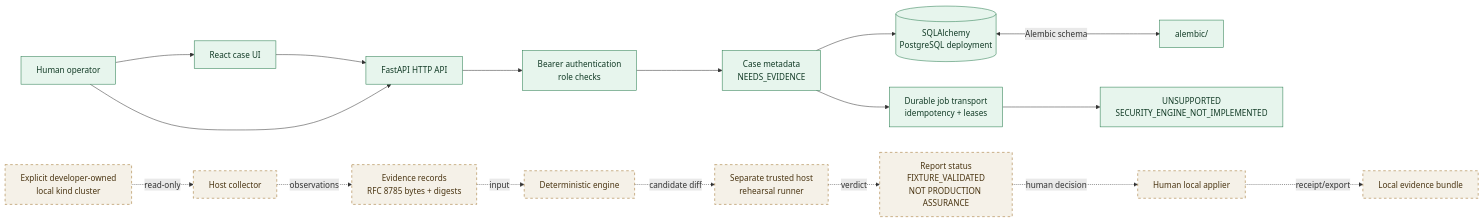
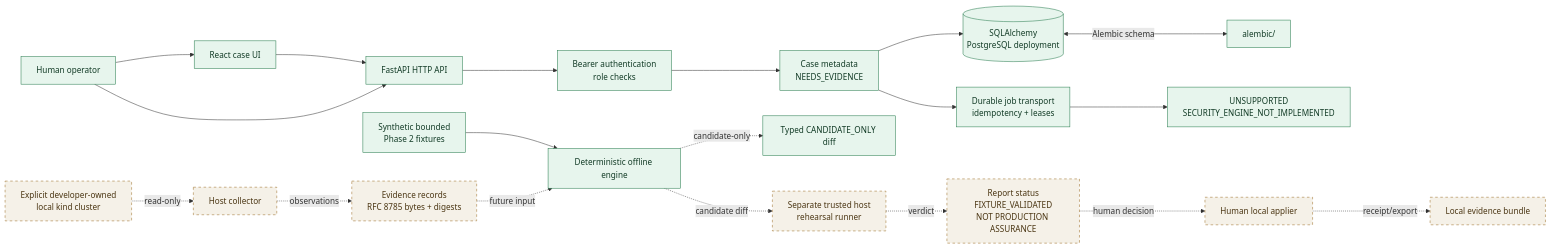
One commit to rakshit-737/counterseal changed the diagram in docs/architecture.md. Above: the diagram before and after it, drawn with Mermaid. The commit also changed other lines of this file and 26 other files, not shown here.

Commit message:
feat: add deterministic offline phase 2 engine

````diff
--- a/docs/architecture.md
+++ b/docs/architecture.md
@@ -22,25 +23,27 @@
 ```mermaid
 flowchart LR
     PERSON[Human operator] --> UI[React case UI]
     UI --> API[FastAPI HTTP API]
     PERSON --> API
     API --> AUTH[Bearer authentication\nrole checks]
     AUTH --> CASES[Case metadata\nNEEDS_EVIDENCE]
     CASES --> SQL[(SQLAlchemy\nPostgreSQL deployment)]
     SQL <-->|Alembic schema| MIG[alembic/]
     CASES --> JOBS[Durable job transport\nidempotency + leases]
     JOBS --> UNSUP[UNSUPPORTED\nSECURITY_ENGINE_NOT_IMPLEMENTED]
 
+    FIXTURES[Synthetic bounded\nPhase 2 fixtures] --> ENG[Deterministic offline engine]
+    ENG -. candidate-only .-> CAND[Typed CANDIDATE_ONLY diff]
     TARGET[Explicit developer-owned\nlocal kind cluster] -. read-only .-> COL[Host collector]
     COL -. observations .-> EVID[Evidence records\nRFC 8785 bytes + digests]
-    EVID -. input .-> ENG[Deterministic engine]
+    EVID -. future input .-> ENG
     ENG -. candidate diff .-> RUN[Separate trusted host\nrehearsal runner]
     RUN -. verdict .-> REPORT[Report status\nFIXTURE_VALIDATED\nNOT PRODUCTION ASSURANCE]
     REPORT -. human decision .-> APPLY[Human local applier]
     APPLY -. receipt/export .-> OUT[Local evidence bundle]
 
     classDef current fill:#e7f5ed,stroke:#247a4b,color:#123b26;
     classDef planned fill:#f5f1e8,stroke:#9a6b22,color:#4a3512,stroke-dasharray:5 5;
-    class PERSON,UI,API,AUTH,CASES,SQL,MIG,JOBS,UNSUP current;
-    class TARGET,COL,EVID,ENG,RUN,REPORT,APPLY,OUT planned;
+    class PERSON,UI,API,AUTH,CASES,SQL,MIG,JOBS,UNSUP,FIXTURES,ENG,CAND current;
+    class TARGET,COL,EVID,RUN,REPORT,APPLY,OUT planned;
 ```
````
